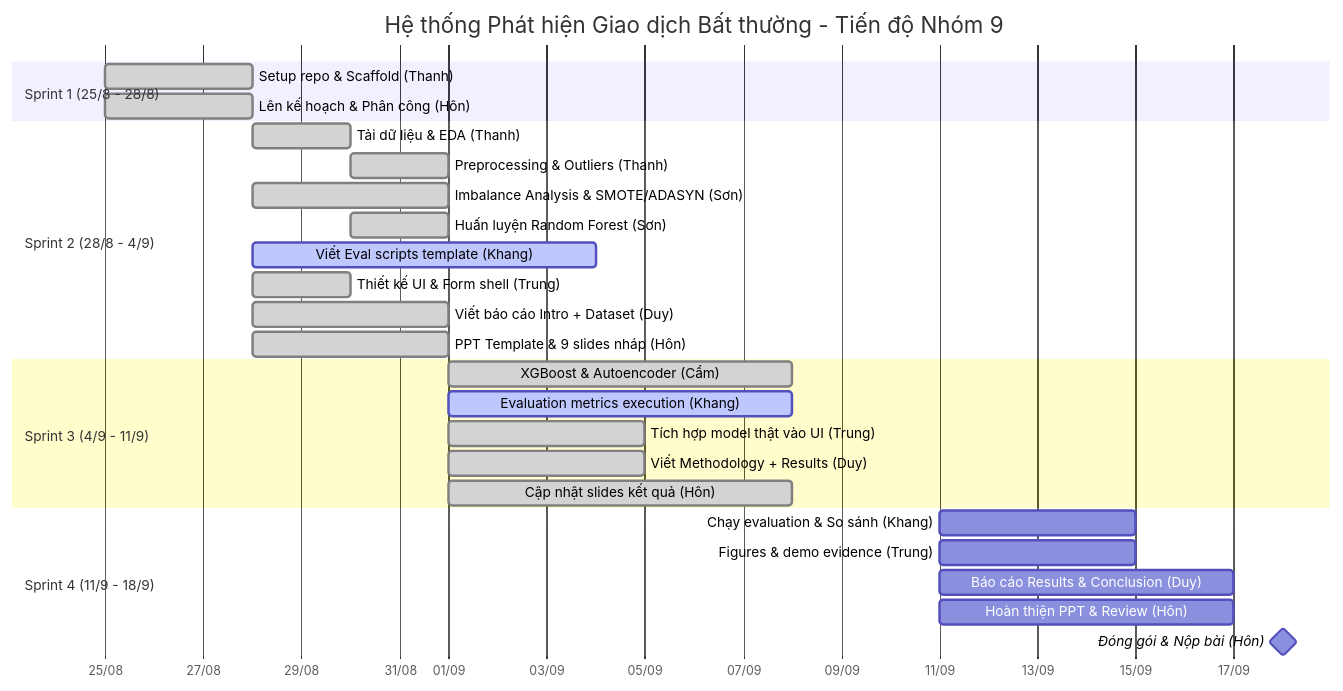
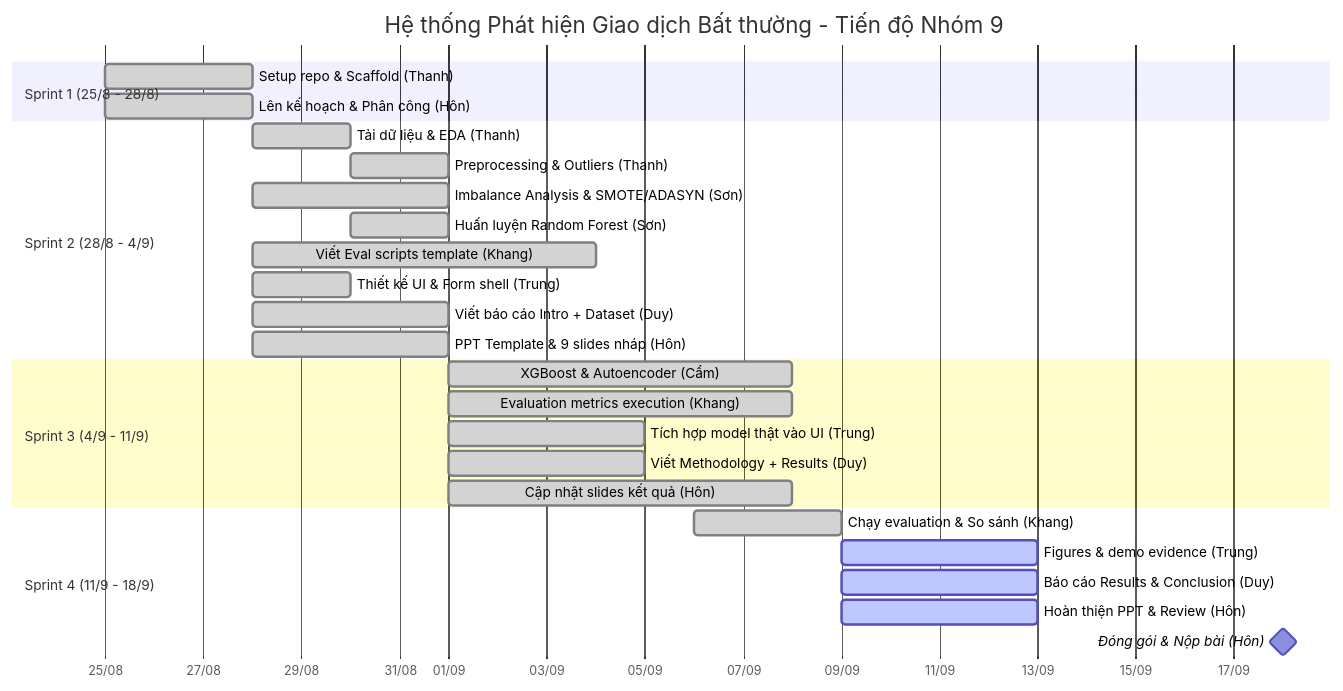
Before and after one commit to uit-25730067-chithanh/CS106-Team09-Fraud-Detection: the diagram in draft/fraud-detection/docs/project-roadmap.md, drawn with Mermaid. The commit also changed other lines of this file, not shown here.

Commit message:
docs(roadmap): update Gantt milestones and team task statuses for Sprint 3 closing

````diff
--- a/draft/fraud-detection/docs/project-roadmap.md
+++ b/draft/fraud-detection/docs/project-roadmap.md
@@ -13,35 +13,35 @@
 ```mermaid
 gantt
     title Hệ thống Phát hiện Giao dịch Bất thường - Tiến độ Nhóm 9
     dateFormat  YYYY-MM-DD
     axisFormat  %d/%m
     tickInterval 1w
 
     section Sprint 1 (25/8 - 28/8)
     Setup repo & Scaffold (Thanh)        :done, s1_1, 2026-08-25, 2026-08-28
     Lên kế hoạch & Phân công (Hôn)      :done, s1_2, 2026-08-25, 2026-08-28
 
     section Sprint 2 (28/8 - 4/9)
     Tải dữ liệu & EDA (Thanh)            :done, s2_1, 2026-08-28, 2d
     Preprocessing & Outliers (Thanh)     :done, s2_2, 2026-08-30, 2d
     Imbalance Analysis & SMOTE/ADASYN (Sơn) :done, s2_3, 2026-08-28, 4d
     Huấn luyện Random Forest (Sơn)       :done, s2_4, 2026-08-30, 2d
-    Viết Eval scripts template (Khang)   :active, s2_5, 2026-08-28, 7d
+    Viết Eval scripts template (Khang)   :done, s2_5, 2026-08-28, 7d
     Thiết kế UI & Form shell (Trung)     :done, s2_6, 2026-08-28, 2d
     Viết báo cáo Intro + Dataset (Duy)   :done, s2_7, 2026-08-28, 4d
     PPT Template & 9 slides nháp (Hôn)   :done, s2_8, 2026-08-28, 4d
 
     section Sprint 3 (4/9 - 11/9)
     XGBoost & Autoencoder (Cẩm)          :done, s3_1, 2026-09-01, 7d
-    Evaluation metrics execution (Khang) :active, s3_2, 2026-09-01, 7d
+    Evaluation metrics execution (Khang) :done, s3_2, 2026-09-01, 7d
     Tích hợp model thật vào UI (Trung)   :done, s3_3, 2026-09-01, 4d
     Viết Methodology + Results (Duy)      :done, s3_4, 2026-09-01, 4d
     Cập nhật slides kết quả (Hôn)        :done, s3_5, 2026-09-01, 7d
 
     section Sprint 4 (11/9 - 18/9)
-    Chạy evaluation & So sánh (Khang)   :s4_1, 2026-09-11, 4d
-    Figures & demo evidence (Trung)      :s4_2, 2026-09-11, 4d
-    Báo cáo Results & Conclusion (Duy)   :s4_3, 2026-09-11, 6d
-    Hoàn thiện PPT & Review (Hôn)        :s4_4, 2026-09-11, 6d
+    Chạy evaluation & So sánh (Khang)   :done, s4_1, 2026-09-06, 3d
+    Figures & demo evidence (Trung)      :active, s4_2, 2026-09-09, 4d
+    Báo cáo Results & Conclusion (Duy)   :active, s4_3, 2026-09-09, 4d
+    Hoàn thiện PPT & Review (Hôn)        :active, s4_4, 2026-09-09, 4d
     Đóng gói & Nộp bài (Hôn)             :milestone, s4_5, 2026-09-18, 0d
 ```
````
